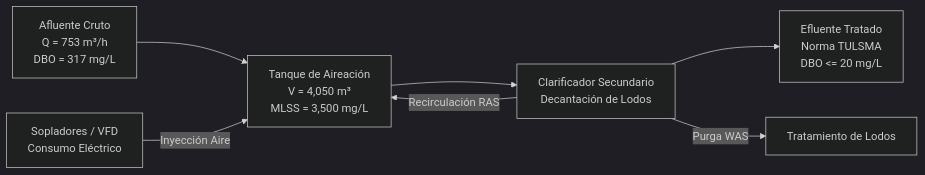
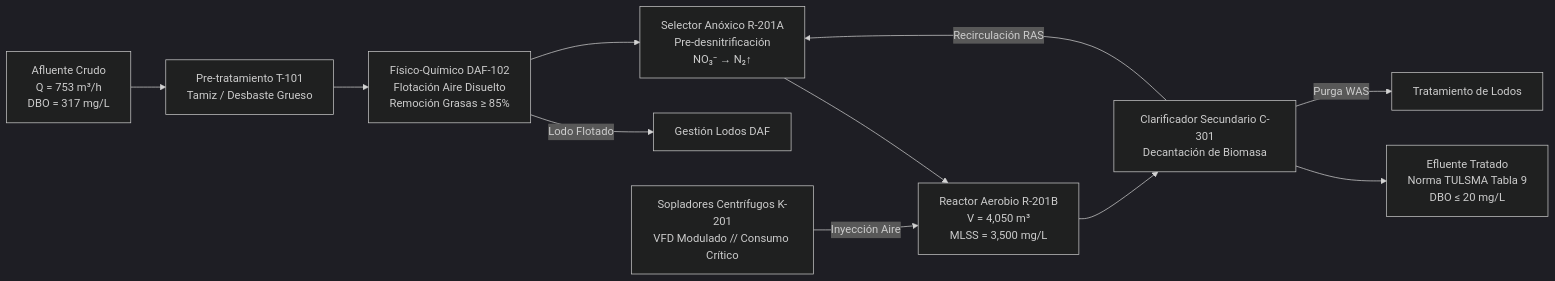
The diagram in README.md (32456344567/01_Optimizacion_PTAR_Efluentes), drawn with Mermaid (dark theme) before and after one commit.

Commit message:
docs: actualizar diagrama de flujo de proceso en README para reflejar el tren completo de tratamiento

````diff
--- a/README.md
+++ b/README.md
@@ -17,9 +17,13 @@
 ```mermaid
 flowchart LR
-    A[Afluente Cruto<br/>Q = 753 m³/h<br/>DBO = 317 mg/L] --> B[Tanque de Aireación<br/>V = 4,050 m³<br/>MLSS = 3,500 mg/L]
-    B --> C[Clarificador Secundario<br/>Decantación de Lodos]
-    C --> D[Efluente Tratado<br/>Norma TULSMA<br/>DBO <= 20 mg/L]
-    C -->|Recirculación RAS| B
+    A[Afluente Crudo<br/>Q = 753 m³/h<br/>DBO = 317 mg/L] --> T[Pre-tratamiento T-101<br/>Tamiz / Desbaste Grueso]
+    T --> DAF[Físico-Químico DAF-102<br/>Flotación Aire Disuelto<br/>Remoción Grasas ≥ 85%]
+    DAF -->|Lodo Flotado| L1[Gestión Lodos DAF]
+    DAF --> AN[Selector Anóxico R-201A<br/>Pre-desnitrificación<br/>NO₃⁻ → N₂↑]
+    AN --> B[Reactor Aerobio R-201B<br/>V = 4,050 m³<br/>MLSS = 3,500 mg/L]
+    B --> C[Clarificador Secundario C-301<br/>Decantación de Biomasa]
+    C --> D[Efluente Tratado<br/>Norma TULSMA Tabla 9<br/>DBO ≤ 20 mg/L]
+    C -->|Recirculación RAS| AN
     C -->|Purga WAS| E[Tratamiento de Lodos]
-    F[Sopladores / VFD<br/>Consumo Eléctrico] -->|Inyección Aire| B
+    F[Sopladores Centrífugos K-201<br/>VFD Modulado // Consumo Crítico] -->|Inyección Aire| B
 ```
````
